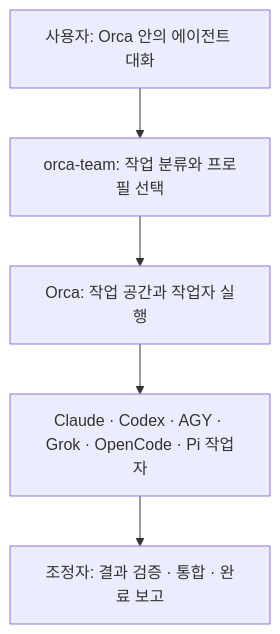
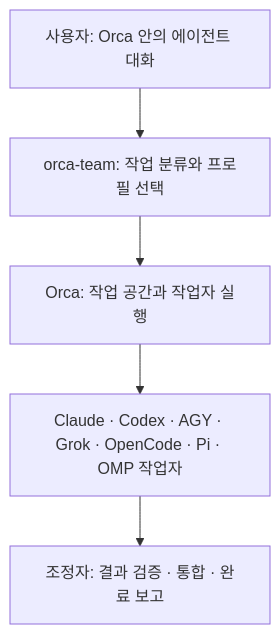
One commit to HashCitrine/orca-orchestration-kit changed the diagram in README.md. Above: the diagram before and after it, drawn with Mermaid. The commit also changed other lines of this file and 15 other files, not shown here.

````diff
--- a/README.md
+++ b/README.md
@@ -17,7 +17,7 @@
 ```mermaid
 flowchart TD
     U[사용자: Orca 안의 에이전트 대화] --> S[orca-team: 작업 분류와 프로필 선택]
     S --> O[Orca: 작업 공간과 작업자 실행]
-    O --> A[Claude · Codex · AGY · Grok · OpenCode · Pi 작업자]
+    O --> A[Claude · Codex · AGY · Grok · OpenCode · Pi · OMP 작업자]
     A --> R[조정자: 결과 검증 · 통합 · 완료 보고]
 ```
````
